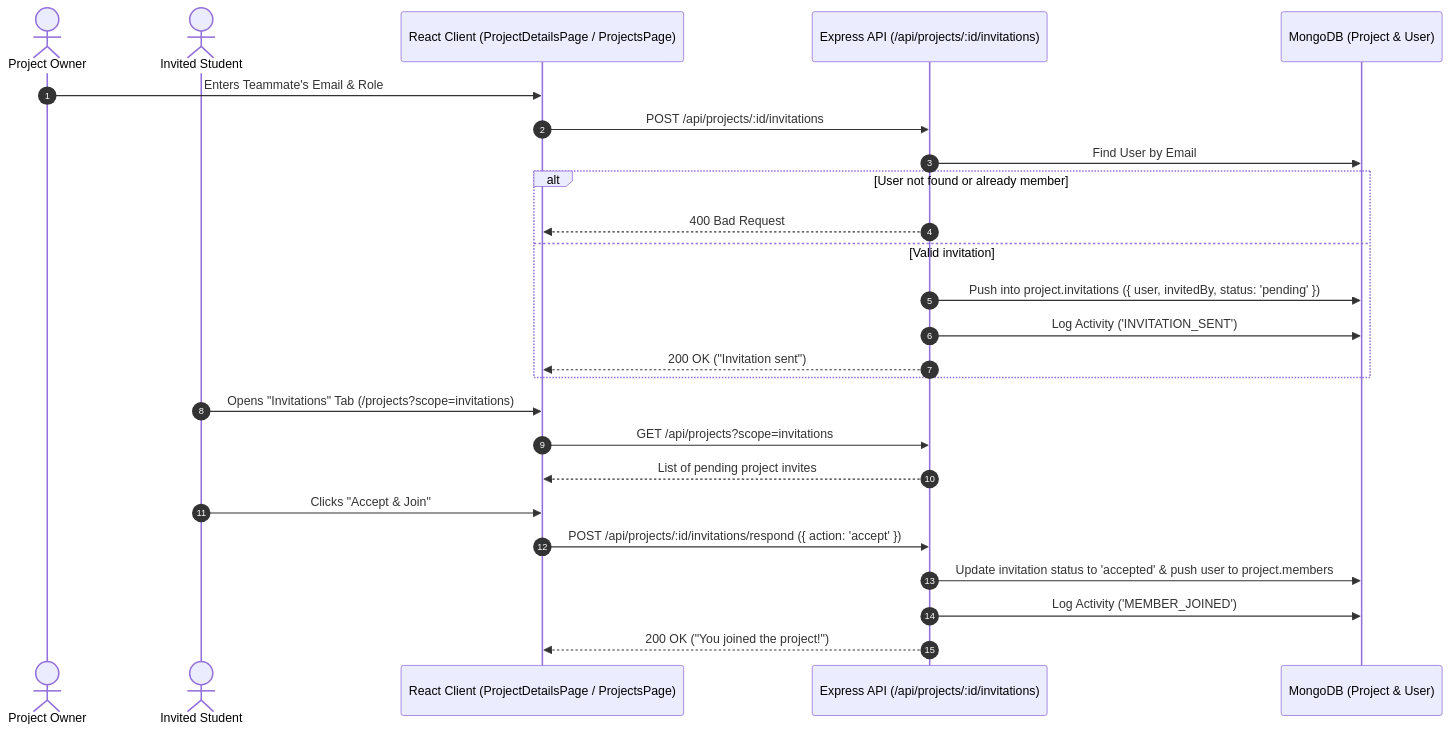
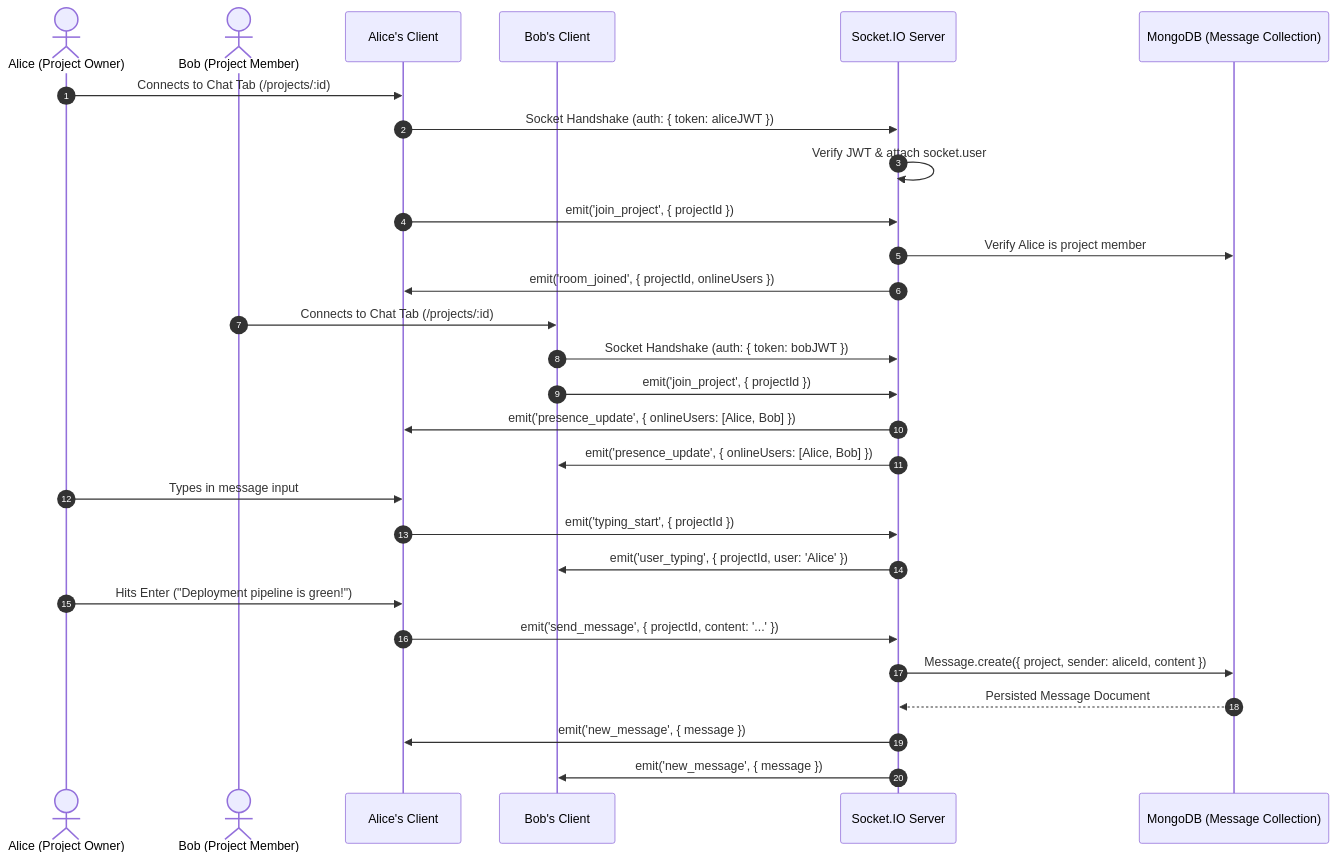
One commit to kubervaidya24-max/CAMPUSFLOW changed the second of 3 diagrams in docs/architecture.md. Above: the diagram before and after it, drawn with Mermaid. The commit also changed other lines of this file and 18 other files, not shown here.

Commit message:
feat: add real time project chat with Socket.IO

````diff
--- a/docs/architecture.md
+++ b/docs/architecture.md
@@ -59,29 +43,34 @@
 ```mermaid
 sequenceDiagram
     autonumber
-    actor Owner as Project Owner
-    actor Teammate as Invited Student
-    participant Client as React Client (ProjectDetailsPage / ProjectsPage)
-    participant API as Express API (/api/projects/:id/invitations)
-    participant DB as MongoDB (Project & User)
+    actor Alice as Alice (Project Owner)
+    actor Bob as Bob (Project Member)
+    participant ClientA as Alice's Client
+    participant ClientB as Bob's Client
+    participant Socket as Socket.IO Server
+    participant DB as MongoDB (Message Collection)
 
-    Owner->>Client: Enters Teammate's Email & Role
-    Client->>API: POST /api/projects/:id/invitations
-    API->>DB: Find User by Email
-    alt User not found or already member
-        API-->>Client: 400 Bad Request
-    else Valid invitation
-        API->>DB: Push into project.invitations ({ user, invitedBy, status: 'pending' })
-        API->>DB: Log Activity ('INVITATION_SENT')
-        API-->>Client: 200 OK ("Invitation sent")
-    end
+    Alice->>ClientA: Connects to Chat Tab (/projects/:id)
+    ClientA->>Socket: Socket Handshake (auth: { token: aliceJWT })
+    Socket->>Socket: Verify JWT & attach socket.user
+    ClientA->>Socket: emit('join_project', { projectId })
+    Socket->>DB: Verify Alice is project member
+    Socket->>ClientA: emit('room_joined', { projectId, onlineUsers })
 
-    Teammate->>Client: Opens "Invitations" Tab (/projects?scope=invitations)
-    Client->>API: GET /api/projects?scope=invitations
-    API-->>Client: List of pending project invites
-    Teammate->>Client: Clicks "Accept & Join"
-    Client->>API: POST /api/projects/:id/invitations/respond ({ action: 'accept' })
-    API->>DB: Update invitation status to 'accepted' & push user to project.members
-    API->>DB: Log Activity ('MEMBER_JOINED')
-    API-->>Client: 200 OK ("You joined the project!")
+    Bob->>ClientB: Connects to Chat Tab (/projects/:id)
+    ClientB->>Socket: Socket Handshake (auth: { token: bobJWT })
+    ClientB->>Socket: emit('join_project', { projectId })
+    Socket->>ClientA: emit('presence_update', { onlineUsers: [Alice, Bob] })
+    Socket->>ClientB: emit('presence_update', { onlineUsers: [Alice, Bob] })
+
+    Alice->>ClientA: Types in message input
+    ClientA->>Socket: emit('typing_start', { projectId })
+    Socket->>ClientB: emit('user_typing', { projectId, user: 'Alice' })
+
+    Alice->>ClientA: Hits Enter ("Deployment pipeline is green!")
+    ClientA->>Socket: emit('send_message', { projectId, content: '...' })
+    Socket->>DB: Message.create({ project, sender: aliceId, content })
+    DB-->>Socket: Persisted Message Document
+    Socket->>ClientA: emit('new_message', { message })
+    Socket->>ClientB: emit('new_message', { message })
 ```
````
